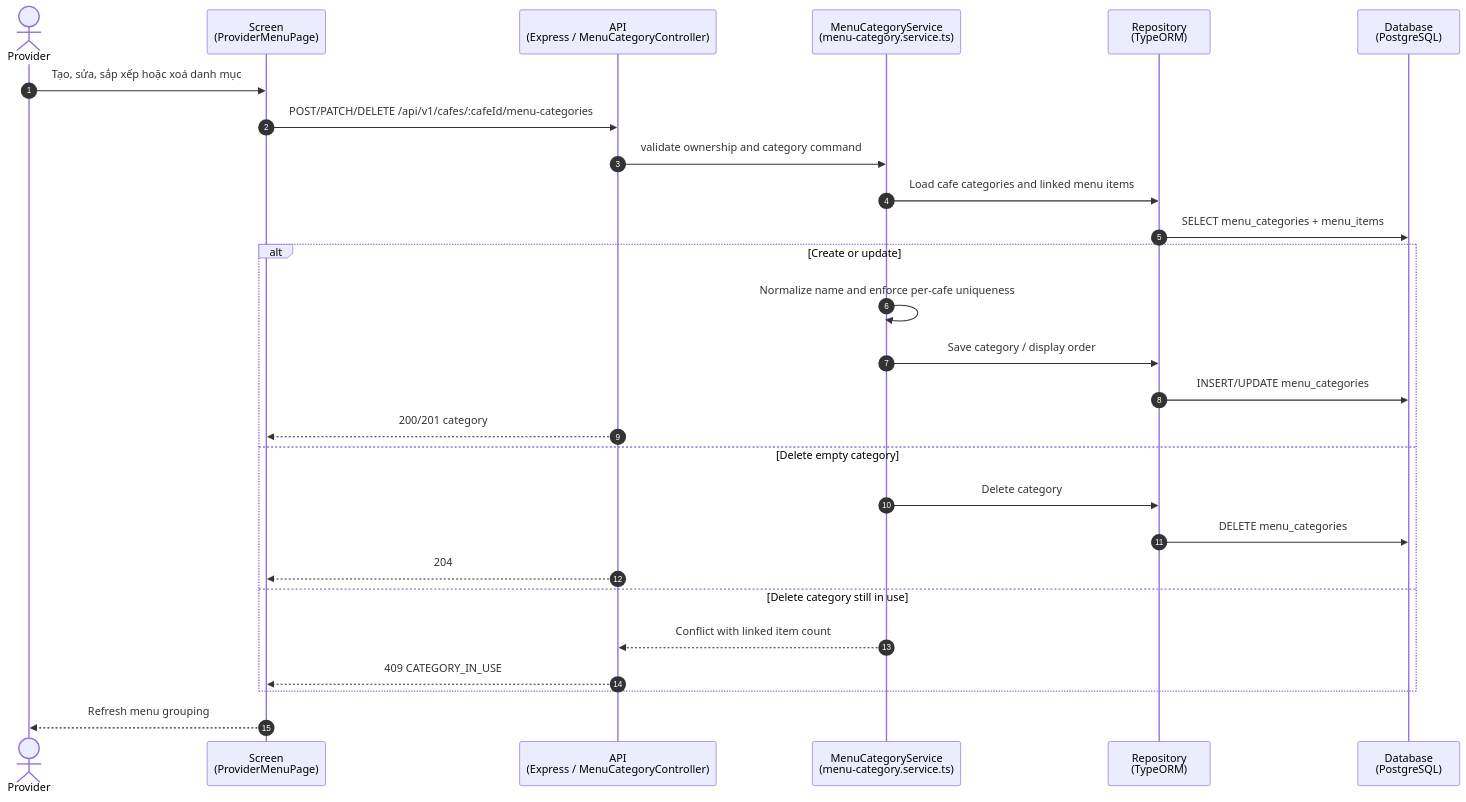
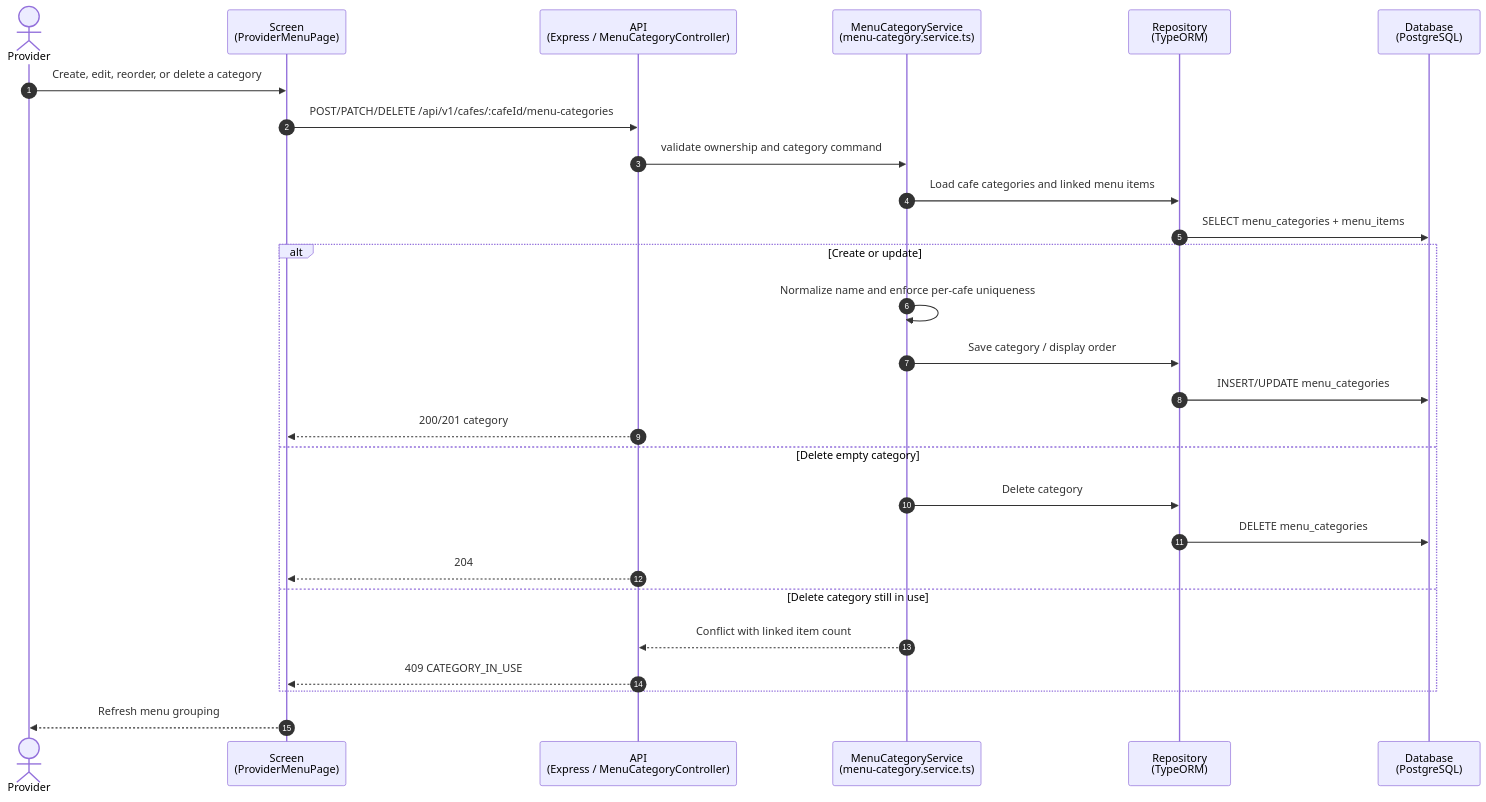
The fifth of 6 diagrams in docs/diagrams/sequence/sequence-flow-2026-08-finance-and-operations.md (tomishere0712/rcfield-platform), drawn with Mermaid before and after one commit. The commit also changed other lines of this file and 21 other files, not shown here.

````diff
--- a/docs/diagrams/sequence/sequence-flow-2026-08-finance-and-operations.md
+++ b/docs/diagrams/sequence/sequence-flow-2026-08-finance-and-operations.md
@@ -168,30 +168,30 @@
 ```mermaid
 sequenceDiagram
     autonumber
     actor P as Provider
     participant FE as Screen<br/>(ProviderMenuPage)
     participant API as API<br/>(Express / MenuCategoryController)
     participant SVC as MenuCategoryService<br/>(menu-category.service.ts)
     participant Repo as Repository<br/>(TypeORM)
     participant DB as Database<br/>(PostgreSQL)
 
-    P->>FE: Tạo, sửa, sắp xếp hoặc xoá danh mục
+    P->>FE: Create, edit, reorder, or delete a category
     FE->>API: POST/PATCH/DELETE /api/v1/cafes/:cafeId/menu-categories
     API->>SVC: validate ownership and category command
     SVC->>Repo: Load cafe categories and linked menu items
     Repo->>DB: SELECT menu_categories + menu_items
     alt Create or update
         SVC->>SVC: Normalize name and enforce per-cafe uniqueness
         SVC->>Repo: Save category / display order
         Repo->>DB: INSERT/UPDATE menu_categories
         API-->>FE: 200/201 category
     else Delete empty category
         SVC->>Repo: Delete category
         Repo->>DB: DELETE menu_categories
         API-->>FE: 204
     else Delete category still in use
         SVC-->>API: Conflict with linked item count
         API-->>FE: 409 CATEGORY_IN_USE
     end
     FE-->>P: Refresh menu grouping
 ```
````
